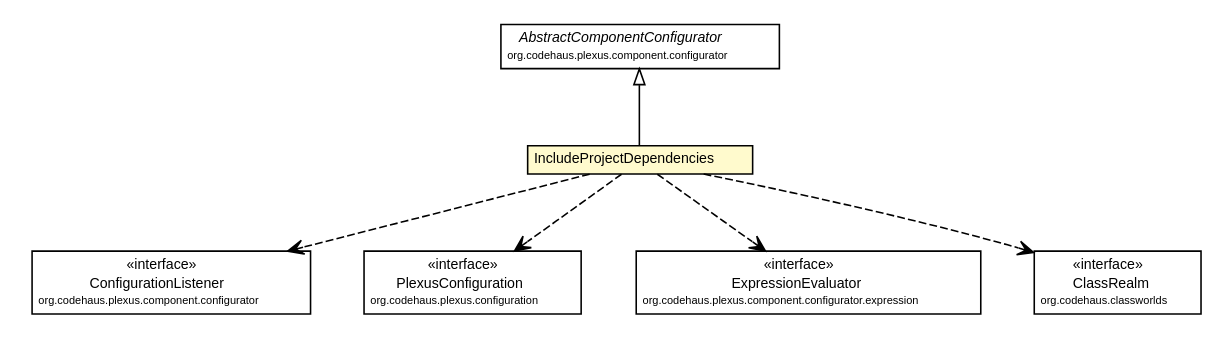
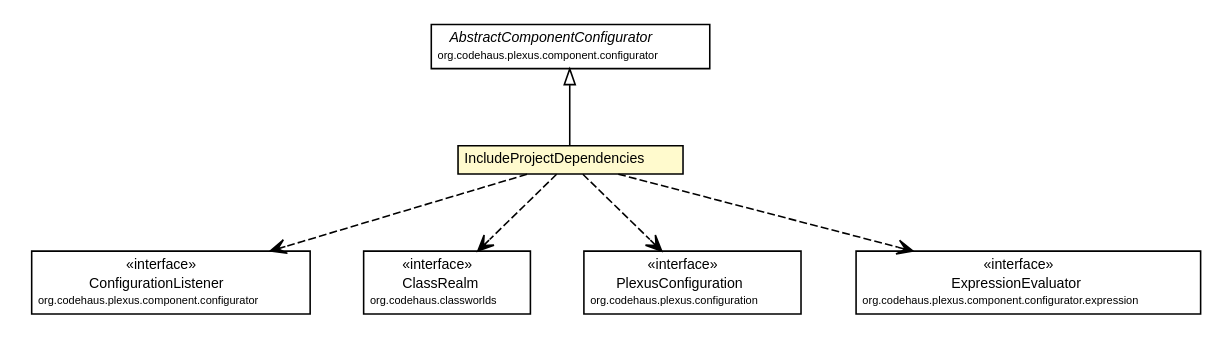
One commit to synchronoss/cpo-api changed the diagram in site/apidocs/org/synchronoss/cpo/plugin/IncludeProjectDependencies.dot. Above: the diagram before and after it, drawn with Graphviz. The commit also changed 994 other files, not shown here.

```diff
--- a/site/apidocs/org/synchronoss/cpo/plugin/IncludeProjectDependencies.dot
+++ b/site/apidocs/org/synchronoss/cpo/plugin/IncludeProjectDependencies.dot
@@ -1,65 +1,65 @@
 #!/usr/local/bin/dot
 #
 # Class diagram 
 # Generated by UmlGraph version 4.6 (http://www.spinellis.gr/sw/umlgraph)
 #
 
 digraph G {
 	edge [fontname="Helvetica",fontsize=10,labelfontname="Helvetica",labelfontsize=10];
 	node [fontname="Helvetica",fontsize=10,shape=plaintext];
 	// org.synchronoss.cpo.plugin.IncludeProjectDependencies
 	c53834 [label=<<table border="0" cellborder="1" cellspacing="0" cellpadding="2" port="p" bgcolor="lemonChiffon" href="./IncludeProjectDependencies.html">
 		<tr><td><table border="0" cellspacing="0" cellpadding="1">
 			<tr><td> IncludeProjectDependencies </td></tr>
 		</table></td></tr>
 		</table>>, fontname="Helvetica", fontcolor="black", fontsize=9.0];
 	//org.synchronoss.cpo.plugin.IncludeProjectDependencies extends org.codehaus.plexus.component.configurator.AbstractComponentConfigurator
 	c53839:p -> c53834:p [dir=back,arrowtail=empty];
 	// org.synchronoss.cpo.plugin.IncludeProjectDependencies DEPEND org.codehaus.plexus.component.configurator.ConfigurationListener
 	c53834:p -> c53840:p [taillabel="", label="", headlabel="", fontname="Helvetica", fontcolor="black", fontsize=10.0, color="black", arrowhead=open, style=dashed];
+	// org.synchronoss.cpo.plugin.IncludeProjectDependencies DEPEND org.codehaus.classworlds.ClassRealm
+	c53834:p -> c53843:p [taillabel="", label="", headlabel="", fontname="Helvetica", fontcolor="black", fontsize=10.0, color="black", arrowhead=open, style=dashed];
 	// org.synchronoss.cpo.plugin.IncludeProjectDependencies DEPEND org.codehaus.plexus.configuration.PlexusConfiguration
-	c53834:p -> c53841:p [taillabel="", label="", headlabel="", fontname="Helvetica", fontcolor="black", fontsize=10.0, color="black", arrowhead=open, style=dashed];
+	c53834:p -> c53844:p [taillabel="", label="", headlabel="", fontname="Helvetica", fontcolor="black", fontsize=10.0, color="black", arrowhead=open, style=dashed];
 	// org.synchronoss.cpo.plugin.IncludeProjectDependencies DEPEND org.codehaus.plexus.component.configurator.expression.ExpressionEvaluator
-	c53834:p -> c53842:p [taillabel="", label="", headlabel="", fontname="Helvetica", fontcolor="black", fontsize=10.0, color="black", arrowhead=open, style=dashed];
-	// org.synchronoss.cpo.plugin.IncludeProjectDependencies DEPEND org.codehaus.classworlds.ClassRealm
 	c53834:p -> c53845:p [taillabel="", label="", headlabel="", fontname="Helvetica", fontcolor="black", fontsize=10.0, color="black", arrowhead=open, style=dashed];
 	// org.codehaus.classworlds.ClassRealm
-	c53845 [label=<<table border="0" cellborder="1" cellspacing="0" cellpadding="2" port="p" href="http://java.sun.com/j2se/1.4.2/docs/api/org/codehaus/classworlds/ClassRealm.html">
+	c53843 [label=<<table border="0" cellborder="1" cellspacing="0" cellpadding="2" port="p" href="http://java.sun.com/j2se/1.4.2/docs/api/org/codehaus/classworlds/ClassRealm.html">
 		<tr><td><table border="0" cellspacing="0" cellpadding="1">
 			<tr><td> &laquo;interface&raquo; </td></tr>
 			<tr><td> ClassRealm </td></tr>
 			<tr><td><font point-size="7.0"> org.codehaus.classworlds </font></td></tr>
 		</table></td></tr>
 		</table>>, fontname="Helvetica", fontcolor="black", fontsize=9.0];
 	// org.codehaus.plexus.component.configurator.expression.ExpressionEvaluator
-	c53842 [label=<<table border="0" cellborder="1" cellspacing="0" cellpadding="2" port="p" href="http://java.sun.com/j2se/1.4.2/docs/api/org/codehaus/plexus/component/configurator/expression/ExpressionEvaluator.html">
+	c53845 [label=<<table border="0" cellborder="1" cellspacing="0" cellpadding="2" port="p" href="http://java.sun.com/j2se/1.4.2/docs/api/org/codehaus/plexus/component/configurator/expression/ExpressionEvaluator.html">
 		<tr><td><table border="0" cellspacing="0" cellpadding="1">
 			<tr><td> &laquo;interface&raquo; </td></tr>
 			<tr><td> ExpressionEvaluator </td></tr>
 			<tr><td><font point-size="7.0"> org.codehaus.plexus.component.configurator.expression </font></td></tr>
 		</table></td></tr>
 		</table>>, fontname="Helvetica", fontcolor="black", fontsize=9.0];
 	// org.codehaus.plexus.component.configurator.AbstractComponentConfigurator
 	c53839 [label=<<table border="0" cellborder="1" cellspacing="0" cellpadding="2" port="p" href="http://java.sun.com/j2se/1.4.2/docs/api/org/codehaus/plexus/component/configurator/AbstractComponentConfigurator.html">
 		<tr><td><table border="0" cellspacing="0" cellpadding="1">
 			<tr><td><font face="Helvetica-Oblique"> AbstractComponentConfigurator </font></td></tr>
 			<tr><td><font point-size="7.0"> org.codehaus.plexus.component.configurator </font></td></tr>
 		</table></td></tr>
 		</table>>, fontname="Helvetica", fontcolor="black", fontsize=9.0];
 	// org.codehaus.plexus.component.configurator.ConfigurationListener
 	c53840 [label=<<table border="0" cellborder="1" cellspacing="0" cellpadding="2" port="p" href="http://java.sun.com/j2se/1.4.2/docs/api/org/codehaus/plexus/component/configurator/ConfigurationListener.html">
 		<tr><td><table border="0" cellspacing="0" cellpadding="1">
 			<tr><td> &laquo;interface&raquo; </td></tr>
 			<tr><td> ConfigurationListener </td></tr>
 			<tr><td><font point-size="7.0"> org.codehaus.plexus.component.configurator </font></td></tr>
 		</table></td></tr>
 		</table>>, fontname="Helvetica", fontcolor="black", fontsize=9.0];
 	// org.codehaus.plexus.configuration.PlexusConfiguration
-	c53841 [label=<<table border="0" cellborder="1" cellspacing="0" cellpadding="2" port="p" href="http://java.sun.com/j2se/1.4.2/docs/api/org/codehaus/plexus/configuration/PlexusConfiguration.html">
+	c53844 [label=<<table border="0" cellborder="1" cellspacing="0" cellpadding="2" port="p" href="http://java.sun.com/j2se/1.4.2/docs/api/org/codehaus/plexus/configuration/PlexusConfiguration.html">
 		<tr><td><table border="0" cellspacing="0" cellpadding="1">
 			<tr><td> &laquo;interface&raquo; </td></tr>
 			<tr><td> PlexusConfiguration </td></tr>
 			<tr><td><font point-size="7.0"> org.codehaus.plexus.configuration </font></td></tr>
 		</table></td></tr>
 		</table>>, fontname="Helvetica", fontcolor="black", fontsize=9.0];
 }
```
